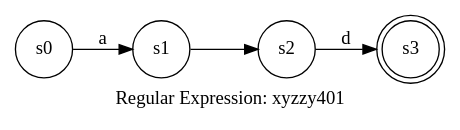
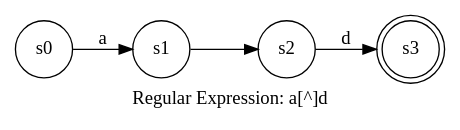
Before and after one commit to pschlump/lexie: the diagram in ref/nfa_0013.gv, drawn with Graphviz. The commit also changed 70 other files, not shown here.

```diff
--- a/ref/nfa_0013.gv
+++ b/ref/nfa_0013.gv
@@ -1,10 +1,10 @@
 digraph finite_state_machine {
-	label="Regular Expression: xyzzy401";
+	label="Regular Expression: a[^]d";
 	rankdir=LR;
 	size="8,5"
 	node [shape = doublecircle]; s3;
 	node [shape = circle];
 	s0 -> s1 [ label = "a" ];
 	s1 -> s2 [ label = "" ];
 	s2 -> s3 [ label = "d" ];
 }
```
